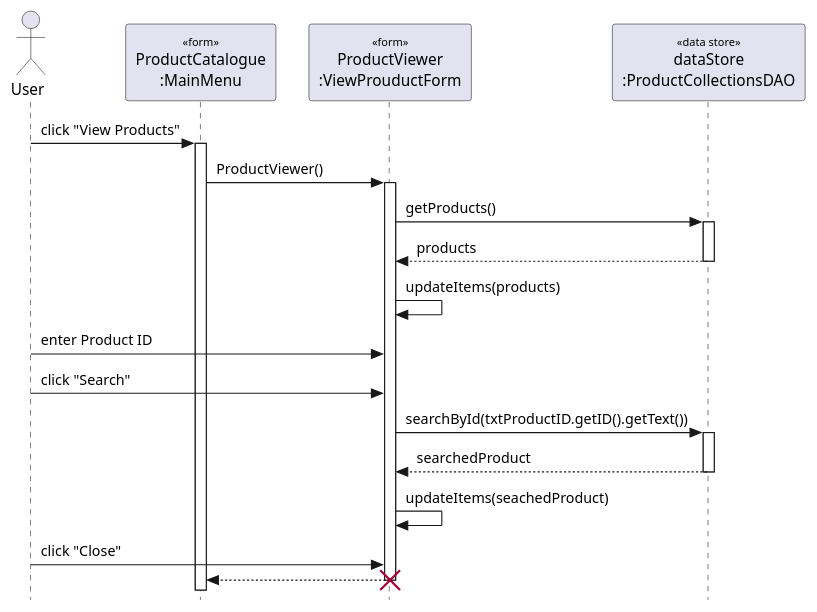
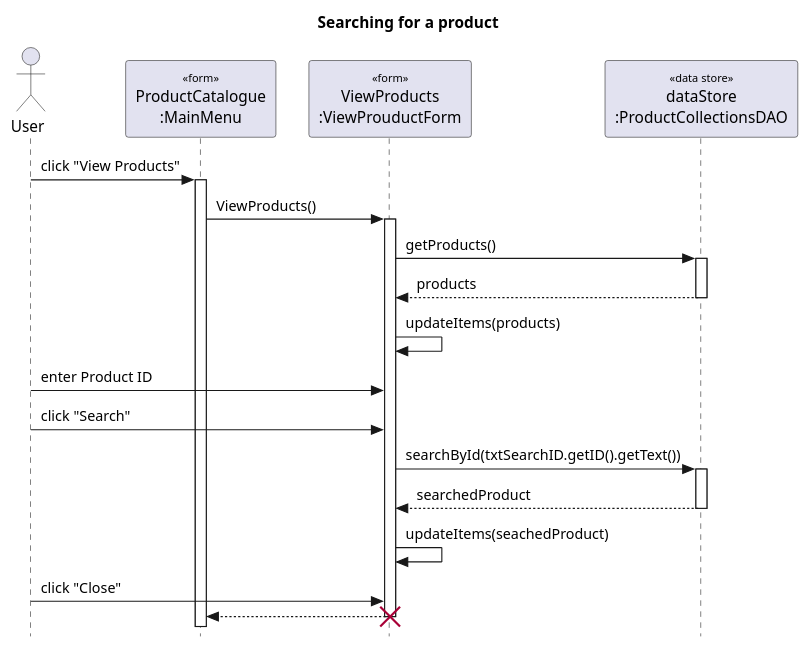
Before and after one commit to dyrel78/INFO_201: the diagram in milestone3/app/src/main/java/milestone3/gui/ViewProductsSequenceDiagram.puml, drawn with PlantUML. The commit also changed 14 other files, not shown here.

```diff
--- a/milestone3/app/src/main/java/milestone3/gui/ViewProductsSequenceDiagram.puml
+++ b/milestone3/app/src/main/java/milestone3/gui/ViewProductsSequenceDiagram.puml
@@ -1,46 +1,49 @@
-@startuml find products with id
+@startuml 
+' === Title ===
+title Searching for a product
 ' === Style Tweaks ===
 
 skinparam {
   Style StrictUML
   RoundCorner 5
   ParticipantPadding 10
   Padding 2
   SequenceStereotype {
     Font {
       Size 10
       Style plain
     }
   }
 }
 
 ' === Actors / Participants
 actor "User" as user
 participant "ProductCatalogue\n:MainMenu" as menu <<form>>
-participant "ProductViewer\n:ViewProuductForm" as viewProduct <<form>>
+participant "ViewProducts\n:ViewProuductForm" as viewProduct <<form>>
 participant "dataStore\n:ProductCollectionsDAO" as dataStore <<data store>>
 
 ' === Messages ===
 user -> menu : click "View Products"
 menu++
-menu -> viewProduct : ProductViewer()
+menu -> viewProduct : ViewProducts()
 viewProduct++
+
 
 viewProduct -> dataStore : getProducts()
 dataStore++
 return products
 viewProduct -> viewProduct : updateItems(products)
 
 user -> viewProduct : enter Product ID
 user -> viewProduct : click "Search"
 
-viewProduct -> dataStore : searchById(txtProductID.getID().getText())
+viewProduct -> dataStore : searchById(txtSearchID.getID().getText())
 dataStore++
 return searchedProduct
 viewProduct -> viewProduct : updateItems(seachedProduct)
 
 user -> viewProduct : click "Close"
 viewProduct --> menu
 destroy viewProduct
 
 @enduml
```
